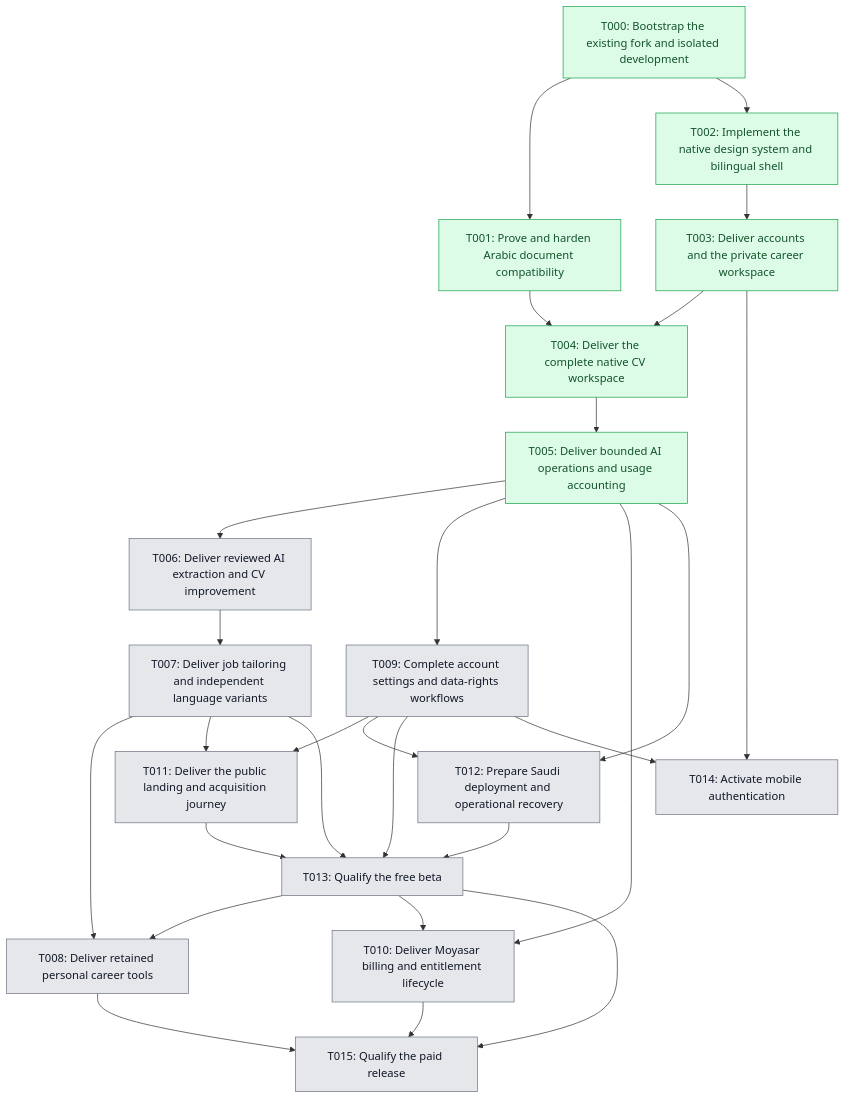
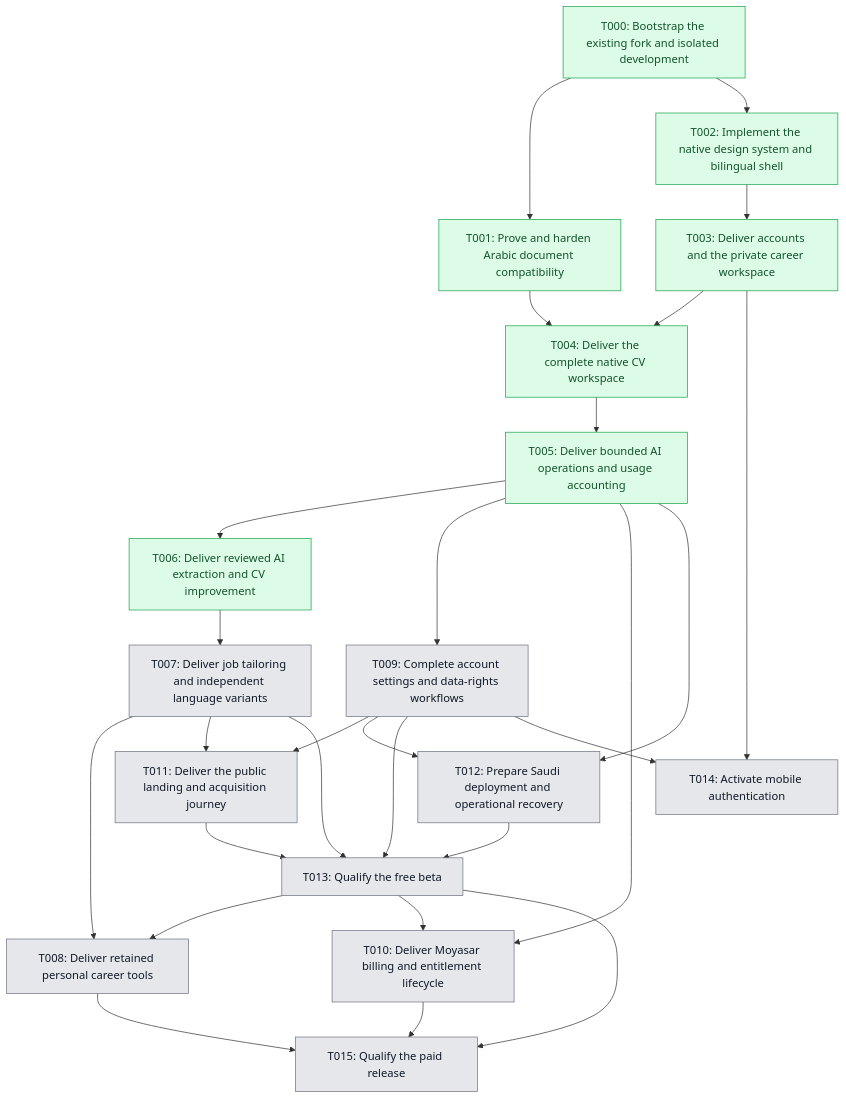
One commit to 0-sayed/master-cv changed the diagram in Planning/roadmap/dependencies.mmd. Above: the diagram before and after it, drawn with Mermaid. The commit also changed 6 other files, not shown here.

```diff
--- a/Planning/roadmap/dependencies.mmd
+++ b/Planning/roadmap/dependencies.mmd
@@ -1,49 +1,49 @@
 flowchart TD
     T000["T000: Bootstrap the existing fork and isolated development"]
     T001["T001: Prove and harden Arabic document compatibility"]
     T002["T002: Implement the native design system and bilingual shell"]
     T003["T003: Deliver accounts and the private career workspace"]
     T004["T004: Deliver the complete native CV workspace"]
     T005["T005: Deliver bounded AI operations and usage accounting"]
     T006["T006: Deliver reviewed AI extraction and CV improvement"]
     T007["T007: Deliver job tailoring and independent language variants"]
     T008["T008: Deliver retained personal career tools"]
     T009["T009: Complete account settings and data-rights workflows"]
     T010["T010: Deliver Moyasar billing and entitlement lifecycle"]
     T011["T011: Deliver the public landing and acquisition journey"]
     T012["T012: Prepare Saudi deployment and operational recovery"]
     T013["T013: Qualify the free beta"]
     T014["T014: Activate mobile authentication"]
     T015["T015: Qualify the paid release"]
 
     T000 --> T001
     T000 --> T002
     T002 --> T003
     T001 --> T004
     T003 --> T004
     T004 --> T005
     T005 --> T006
     T006 --> T007
     T007 --> T008
     T013 --> T008
     T005 --> T009
     T005 --> T010
     T013 --> T010
     T007 --> T011
     T009 --> T011
     T005 --> T012
     T009 --> T012
     T007 --> T013
     T009 --> T013
     T011 --> T013
     T012 --> T013
     T003 --> T014
     T009 --> T014
     T008 --> T015
     T010 --> T015
     T013 --> T015
 
     classDef pending fill:#e5e7eb,stroke:#6b7280,color:#111827;
     classDef done fill:#dcfce7,stroke:#16a34a,color:#14532d;
-    class T000,T001,T002,T003,T004,T005 done;
-    class T006,T007,T008,T009,T010,T011,T012,T013,T014,T015 pending;
+    class T000,T001,T002,T003,T004,T005,T006 done;
+    class T007,T008,T009,T010,T011,T012,T013,T014,T015 pending;
```
